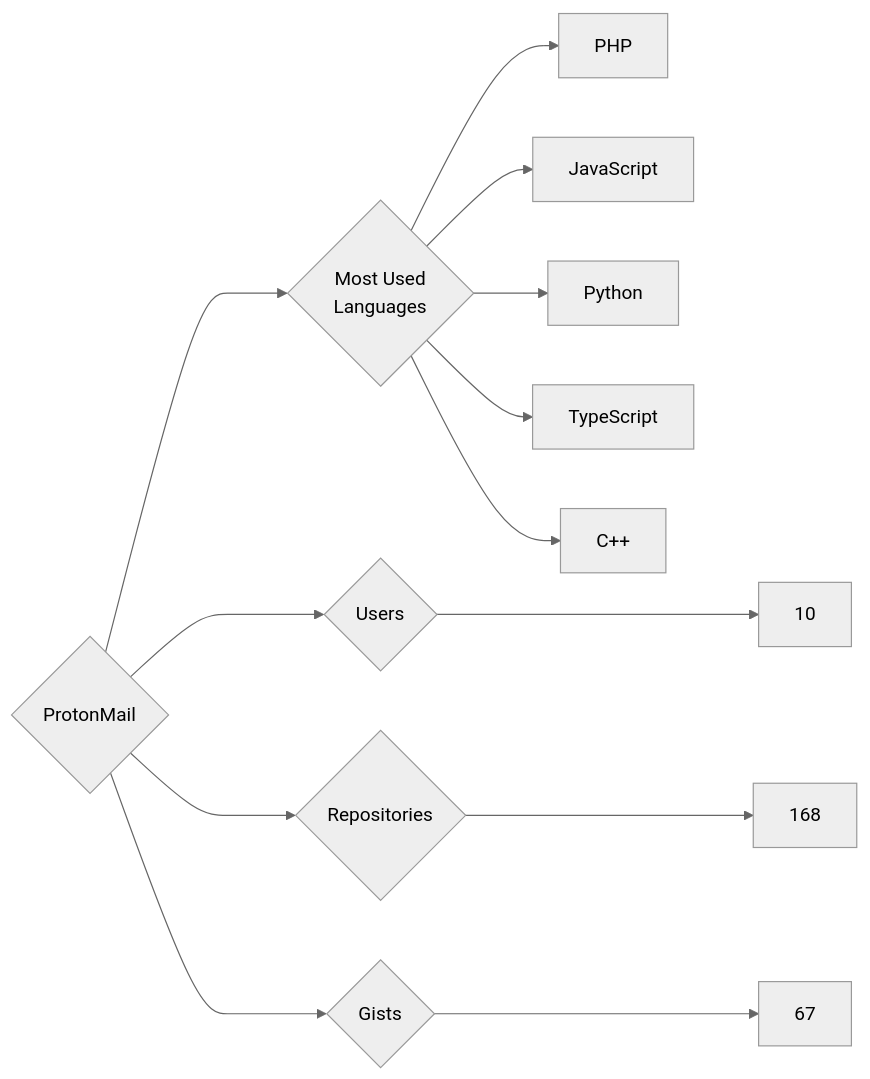
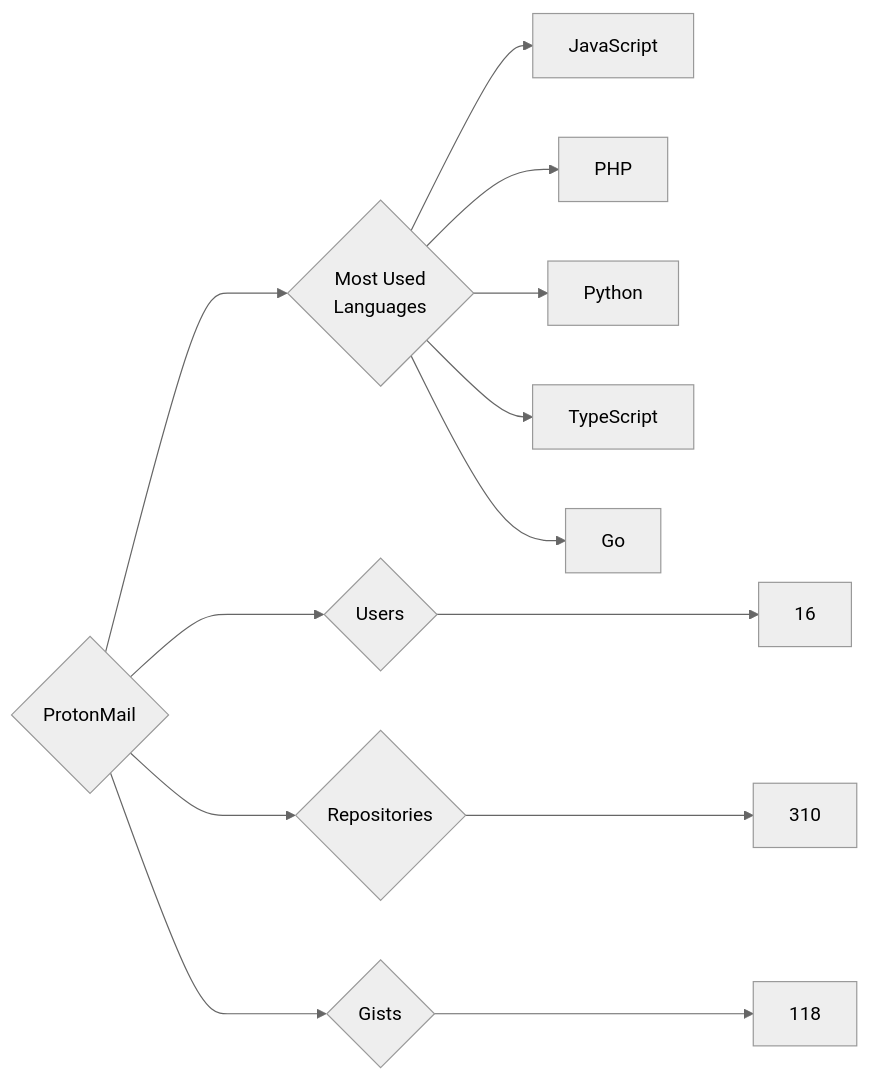
Before and after one commit to trickest/insiders: the diagram in targets/ProtonMail/README.md, drawn with Mermaid (neutral theme). The commit also changed 799 other files, not shown here.

````diff
--- a/targets/ProtonMail/README.md
+++ b/targets/ProtonMail/README.md
@@ -3,13 +3,13 @@
 ```mermaid
 graph LR
 COMPANY_NAME{ProtonMail}
-COMPANY_NAME ---> U{Users} ---> UN[10]
-COMPANY_NAME ---> R{Repositories} ---> RN[168]
-COMPANY_NAME ---> G{Gists} ---> GN[67]
+COMPANY_NAME ---> U{Users} ---> UN[16]
+COMPANY_NAME ---> R{Repositories} ---> RN[310]
+COMPANY_NAME ---> G{Gists} ---> GN[118]
 COMPANY_NAME ---> ML{Most Used<br>Languages}
+ML --> JavaScript[JavaScript]
 ML --> PHP[PHP]
-ML --> JavaScript[JavaScript]
 ML --> Python[Python]
 ML --> TypeScript[TypeScript]
-ML --> C++[C++]
+ML --> Go[Go]
 ```
````
